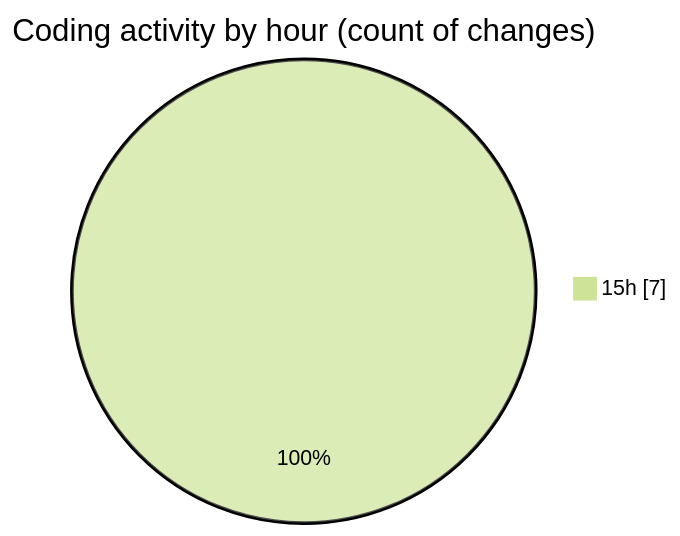
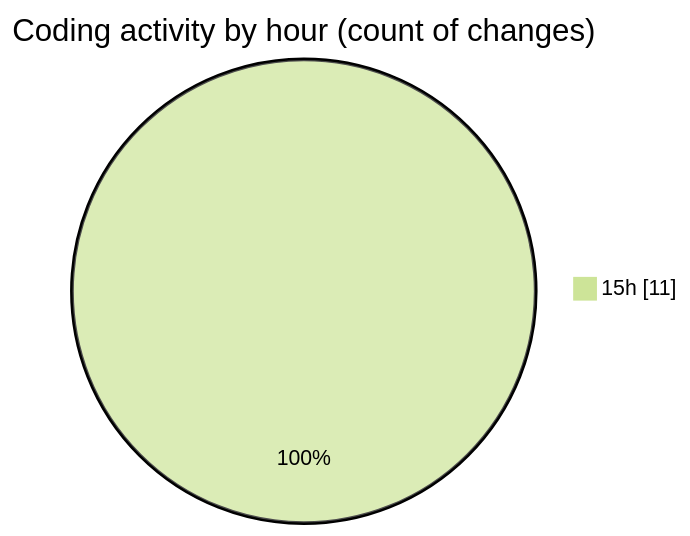
One commit to EIIisD/code-tracking changed the second of 2 diagrams in 2025-08-02/tw-server/README.md. Above: the diagram before and after it, drawn with Mermaid (forest theme). The commit also changed other lines of this file and 1 other file, not shown here.

````diff
--- a/2025-08-02/tw-server/README.md
+++ b/2025-08-02/tw-server/README.md
@@ -28,5 +28,5 @@
 ```mermaid
 pie showData
 title Coding activity by hour (count of changes)
-"15h" : 7
+"15h" : 11
 ```
````
